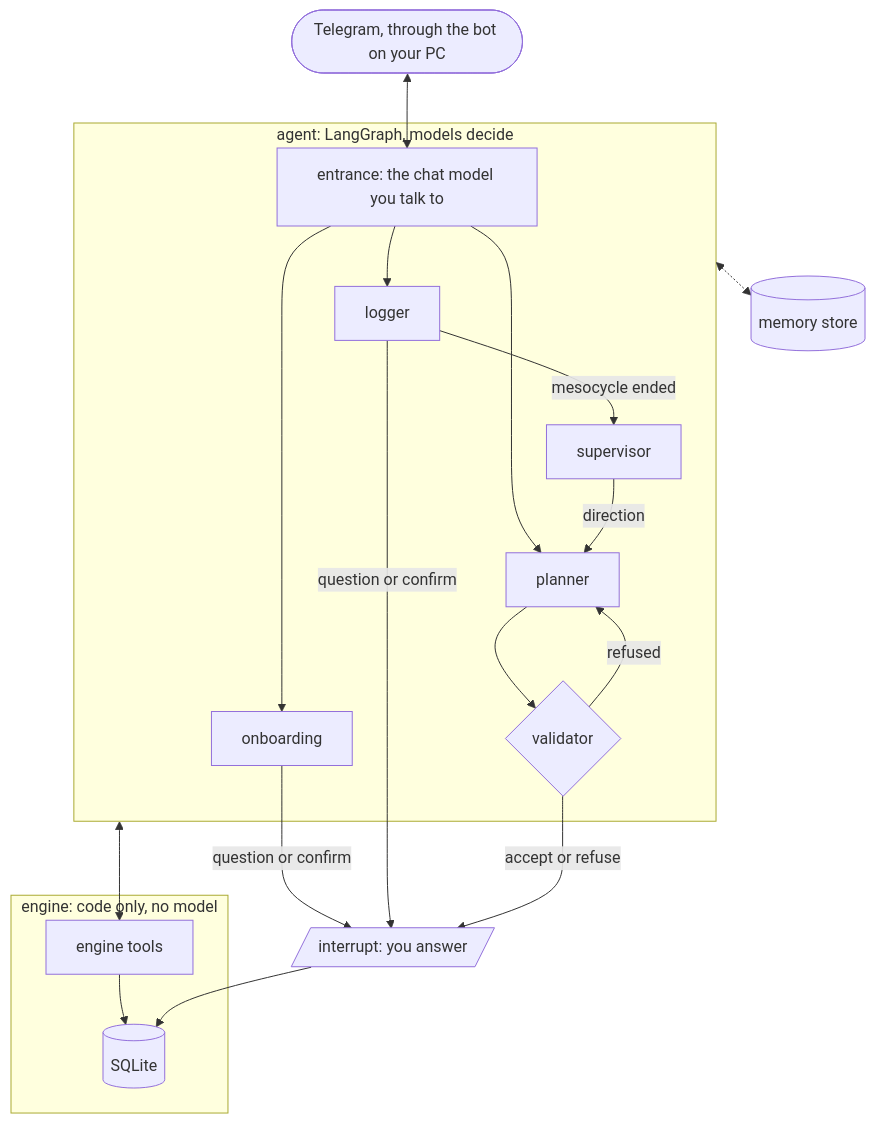
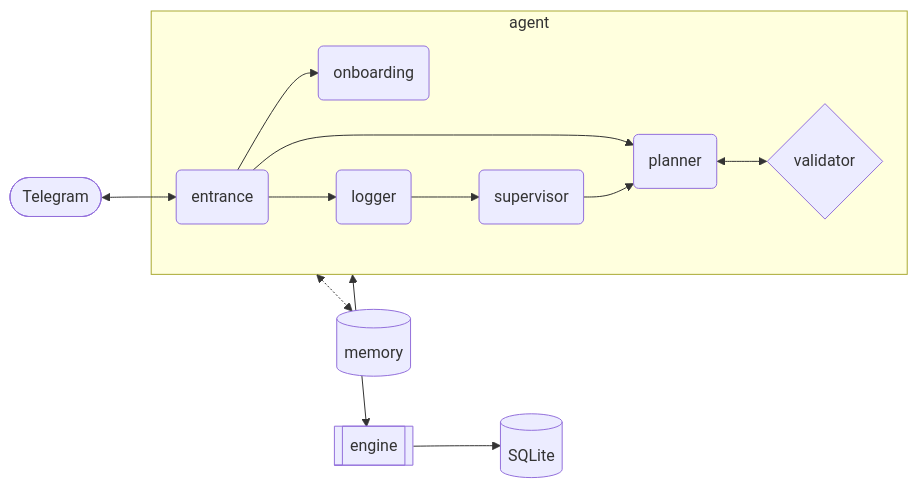
Before and after one commit to danielediodati/REPS: the diagram in README.md, drawn with Mermaid. The commit also changed other lines of this file, not shown here.

Commit message:
README: the diagram left to right with names only, and no prices
Nodes take LangGraph's own shape, a rounded box; the stores are
cylinders, the engine a subroutine, the validator a decision.

````diff
--- a/README.md
+++ b/README.md
@@ -69,22 +69,11 @@
 ```mermaid
-flowchart TD
-  subgraph agent ["agent: LangGraph, models decide"]
-    entrance["entrance: the chat model you talk to"]
-    entrance --> onboarding & logger & planner
-    logger -- mesocycle ended --> supervisor
-    supervisor -- direction --> planner
-    planner --> validate{validator}
-    validate -- refused --> planner
+flowchart LR
+  telegram([Telegram]) <--> entrance
+  subgraph agent [agent]
+    entrance(entrance) --> onboarding(onboarding) & logger(logger) & planner(planner)
+    logger --> supervisor(supervisor) --> planner
+    planner <--> validator{validator}
   end
-
-  subgraph engine ["engine: code only, no model"]
-    tools["engine tools"] --> db[(SQLite)]
-  end
-
-  tg(["Telegram, through the bot on your PC"]) <--> entrance
-  onboarding & logger -- question or confirm --> you[/"interrupt: you answer"/]
-  validate -- accept or refuse --> you
-  you --> db
-  agent <--> tools
-  agent <-.-> store[(memory store)]
+  agent <--> engine[[engine]] --> db[(SQLite)]
+  agent <-.-> store[(memory)]
 ```
````
